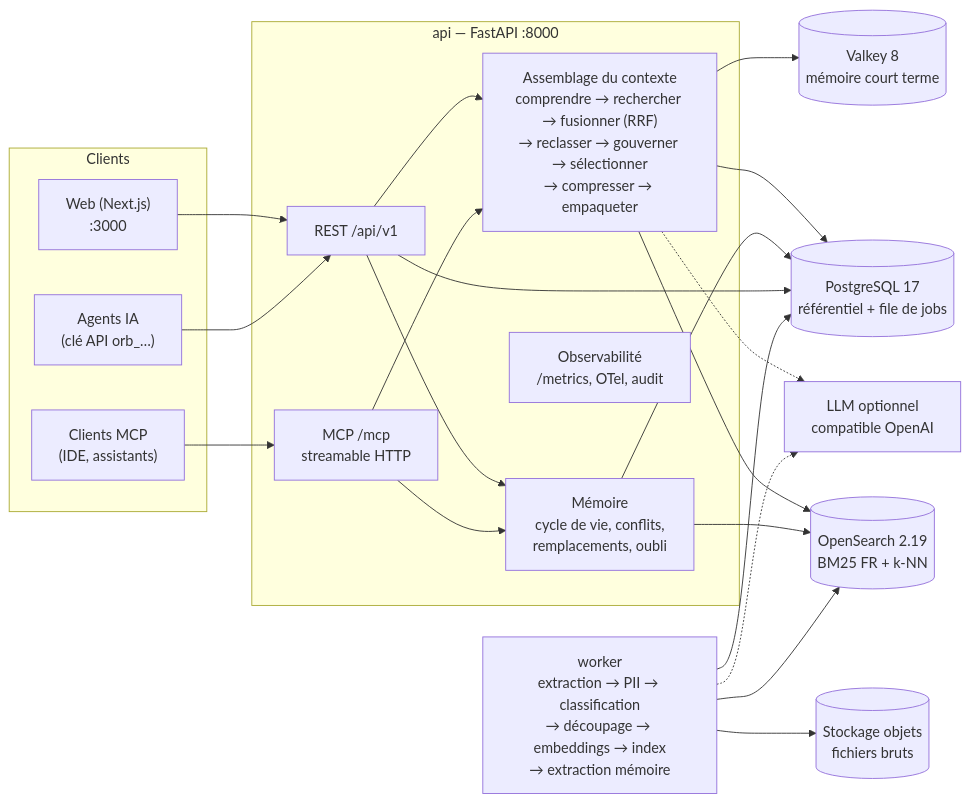
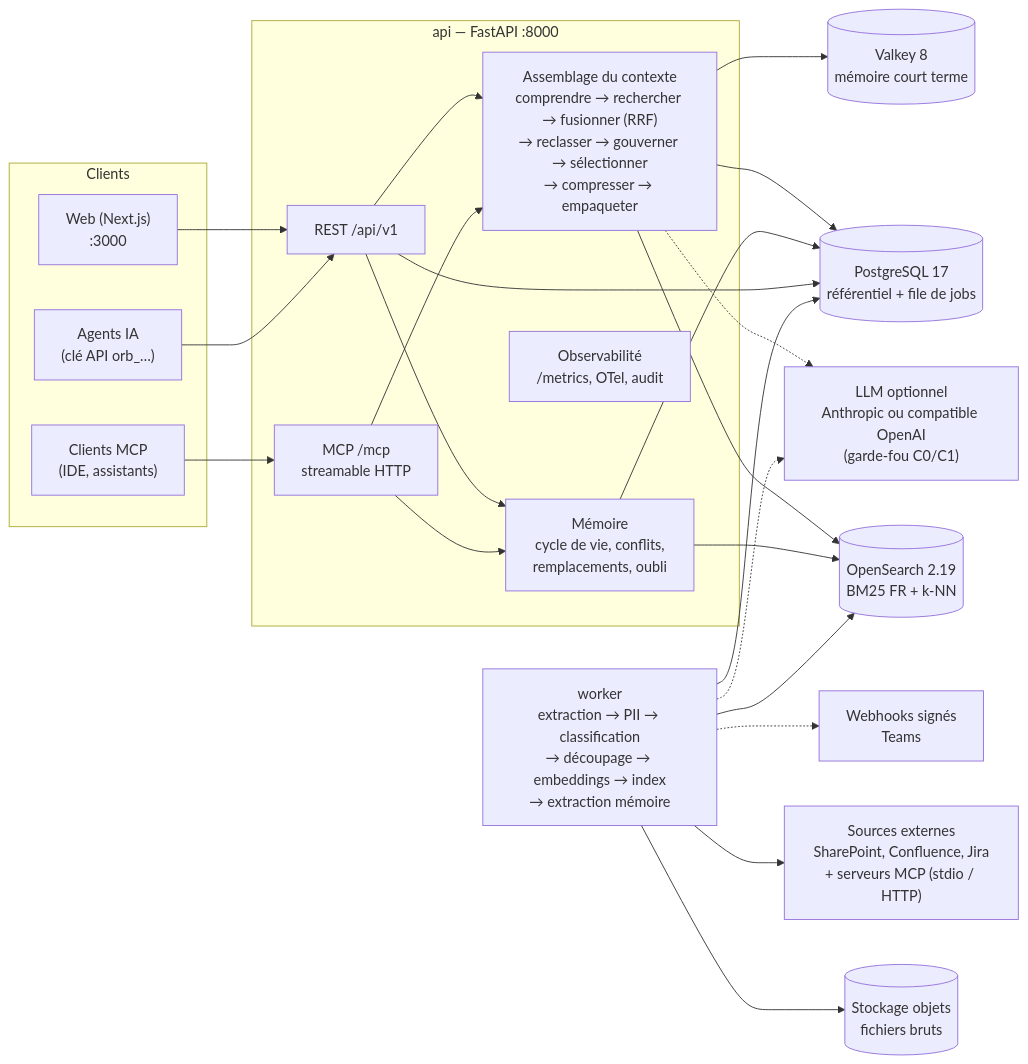
One commit to yassineaqejjaj/ORBIT changed the diagram in README.md. Above: the diagram before and after it, drawn with Mermaid. The commit also changed other lines of this file, not shown here.

````diff
--- a/README.md
+++ b/README.md
@@ -39,33 +69,37 @@
 ```mermaid
 flowchart LR
     subgraph Clients
         UI["Web (Next.js)<br/>:3000"]
         AG["Agents IA<br/>(clé API orb_…)"]
         MCPC["Clients MCP<br/>(IDE, assistants)"]
     end
     subgraph API["api — FastAPI :8000"]
         REST["REST /api/v1"]
         MCP["MCP /mcp<br/>streamable HTTP"]
         CTX["Assemblage du contexte<br/>comprendre → rechercher → fusionner (RRF)<br/>→ reclasser → gouverner → sélectionner<br/>→ compresser → empaqueter"]
         MEM["Mémoire<br/>cycle de vie, conflits,<br/>remplacements, oubli"]
         OBS["Observabilité<br/>/metrics, OTel, audit"]
     end
     W["worker<br/>extraction → PII → classification<br/>→ découpage → embeddings → index<br/>→ extraction mémoire"]
     PG[("PostgreSQL 17<br/>référentiel + file de jobs")]
     OS[("OpenSearch 2.19<br/>BM25 FR + k-NN")]
     VK[("Valkey 8<br/>mémoire court terme")]
     FS[("Stockage objets<br/>fichiers bruts")]
-    LLM["LLM optionnel<br/>compatible OpenAI"]
+    LLM["LLM optionnel<br/>Anthropic ou compatible OpenAI<br/>(garde-fou C0/C1)"]
+    SRC["Sources externes<br/>SharePoint, Confluence, Jira<br/>+ serveurs MCP (stdio / HTTP)"]
+    HOOK["Webhooks signés<br/>Teams"]
 
     UI --> REST
     AG --> REST
     MCPC --> MCP
     REST --> CTX & MEM
     MCP --> CTX & MEM
     CTX --> OS & PG & VK
     MEM --> PG & OS
     REST --> PG
     W --> PG & OS & FS
+    W --> SRC
+    W -.-> HOOK
     CTX -.-> LLM
     W -.-> LLM
 ```
````
